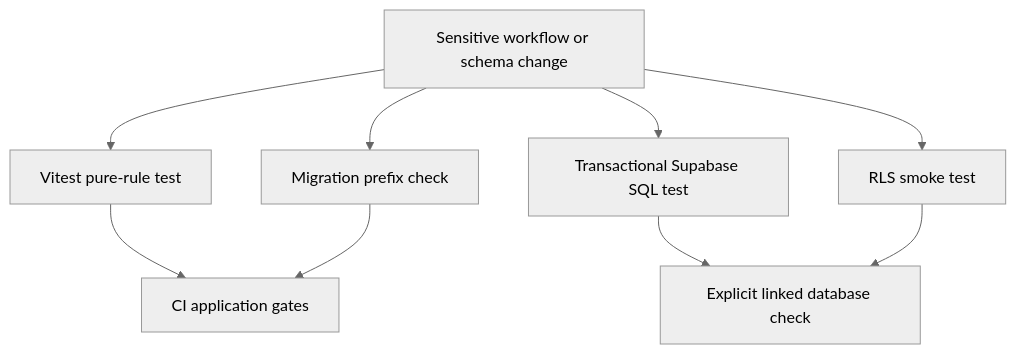
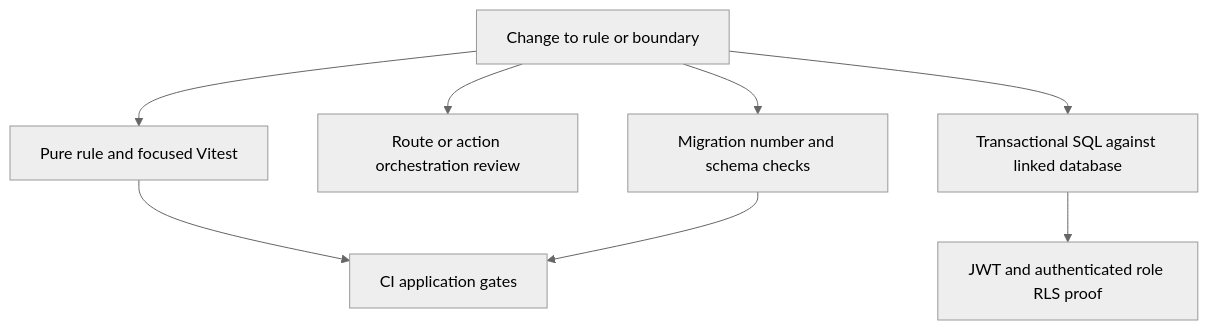
The diagram in openwiki/testing/verification-strategy.md (Schneider-Gr/industria24hIA), drawn with Mermaid (neutral theme) before and after one commit. The commit also changed other lines of this file and 32 other files, not shown here.

````diff
--- a/openwiki/testing/verification-strategy.md
+++ b/openwiki/testing/verification-strategy.md
@@ -73,11 +105,10 @@
 ```mermaid
 flowchart TD
-  Change["Sensitive workflow or schema change"] --> Unit["Vitest pure-rule test"]
-  Change --> SQL["Transactional Supabase SQL test"]
-  Change --> Smoke["RLS smoke test"]
-  Unit --> CI["CI application gates"]
-  SQL --> Linked["Explicit linked database check"]
-  Smoke --> Linked
-  Change --> Migration["Migration prefix check"]
+  Change["Change to rule or boundary"] --> Pure["Pure rule and focused Vitest"]
+  Change --> Route["Route or action orchestration review"]
+  Change --> Database["Transactional SQL against linked database"]
+  Database --> RLS["JWT and authenticated role RLS proof"]
+  Change --> Migration["Migration number and schema checks"]
+  Pure --> CI["CI application gates"]
   Migration --> CI
 ```
````
